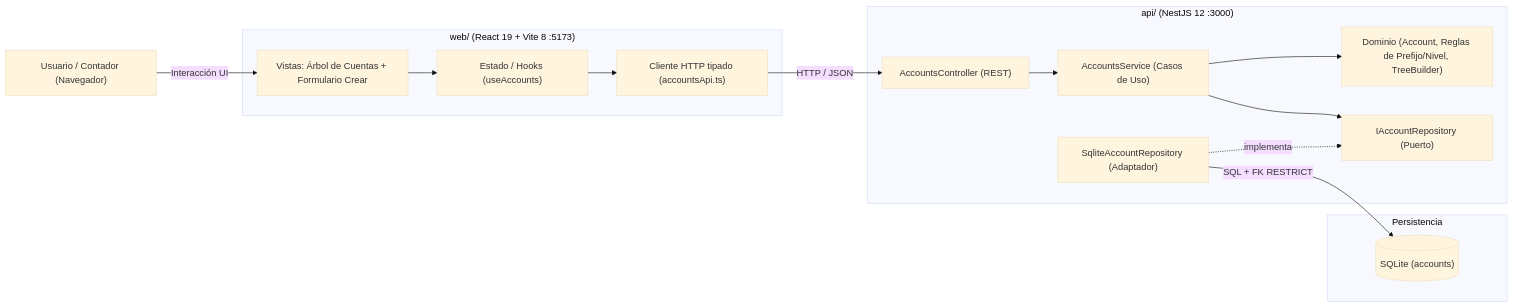
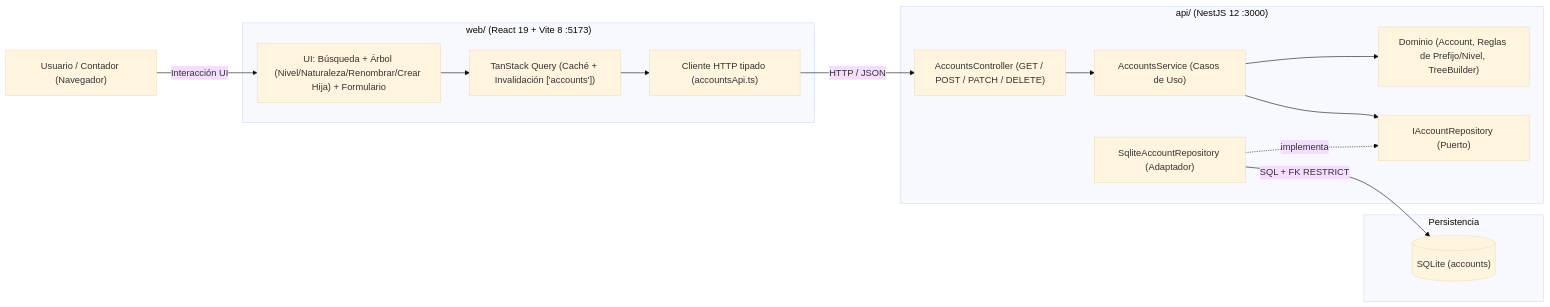
The first of 6 diagrams in docs/arquitectura.md (Lokcis/tech-assessment-starter-fullstack), drawn with Mermaid (base theme) before and after one commit. The commit also changed other lines of this file and 3 other files, not shown here.

Commit message:
docs: documentar funcionalidades opcionales y contrato PATCH /accounts/:code

````diff
--- a/docs/arquitectura.md
+++ b/docs/arquitectura.md
@@ -31,31 +32,31 @@
 ```mermaid
 flowchart LR
     User["Usuario / Contador (Navegador)"]
 
     subgraph Frontend["web/ (React 19 + Vite 8 :5173)"]
-        UI["Vistas: Árbol de Cuentas + Formulario Crear"]
-        State["Estado / Hooks (useAccounts)"]
+        UI["UI: Búsqueda + Árbol (Nivel/Naturaleza/Renombrar/Crear Hija) + Formulario"]
+        QueryCache["TanStack Query (Caché + Invalidación ['accounts'])"]
         ApiClient["Cliente HTTP tipado (accountsApi.ts)"]
-        UI --> State --> ApiClient
+        UI --> QueryCache --> ApiClient
     end
 
     subgraph Backend["api/ (NestJS 12 :3000)"]
-        Controller["AccountsController (REST)"]
+        Controller["AccountsController (GET / POST / PATCH / DELETE)"]
         Service["AccountsService (Casos de Uso)"]
         Domain["Dominio (Account, Reglas de Prefijo/Nivel, TreeBuilder)"]
         Port["IAccountRepository (Puerto)"]
         Repo["SqliteAccountRepository (Adaptador)"]
         Controller --> Service
         Service --> Domain
         Service --> Port
         Repo -.->|implementa| Port
     end
 
     subgraph Data["Persistencia"]
         DB[("SQLite (accounts)")]
     end
 
     User -->|Interacción UI| UI
     ApiClient -->|HTTP / JSON| Controller
     Repo -->|SQL + FK RESTRICT| DB
 ```
````
